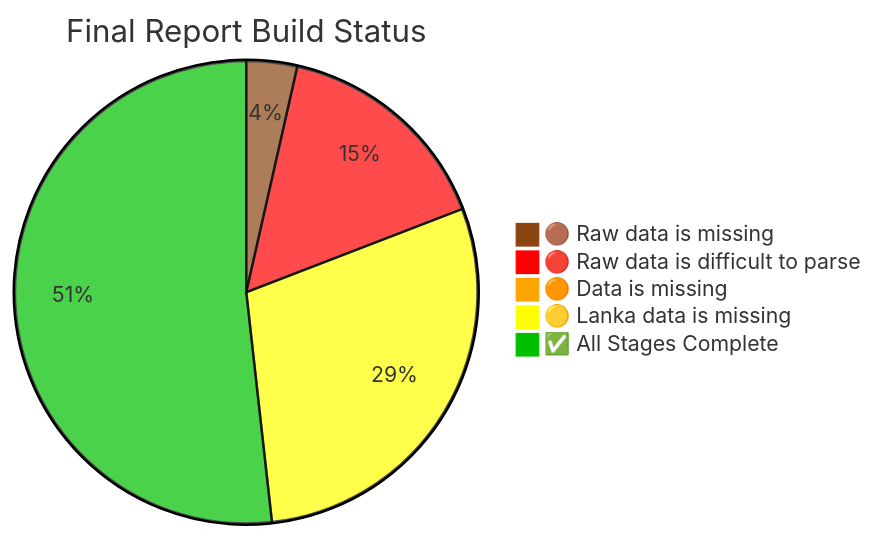
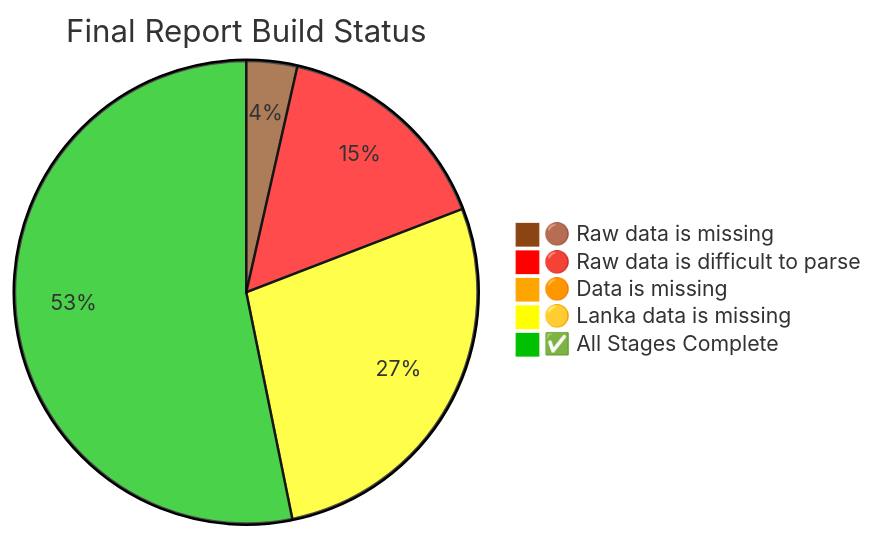
One commit to nuuuwan/lk_census_2024 changed the diagram in README.md. Above: the diagram before and after it, drawn with Mermaid. The commit also changed other lines of this file and 33 other files, not shown here.

Commit message:
Reran pipeline after fixing lanka_data House bugs

````diff
--- a/README.md
+++ b/README.md
@@ -220,9 +220,9 @@
 ```mermaid
 %%{init: {"theme": "base", "themeVariables": {"pie1": "#8B4513", "pie2": "#FF0000", "pie3": "#FFA500", "pie4": "#FFFF00", "pie5": "#00c000"}}}%%
 pie title Final Report Build Status
 "🟤 Raw data is missing" : 5
     "🔴 Raw data is difficult to parse" : 22
     "🟠 Data is missing" : 1
-    "🟡 Lanka data is missing" : 41
-    "✅ All Stages Complete" : 73
+    "🟡 Lanka data is missing" : 39
+    "✅ All Stages Complete" : 75
 ```
````
